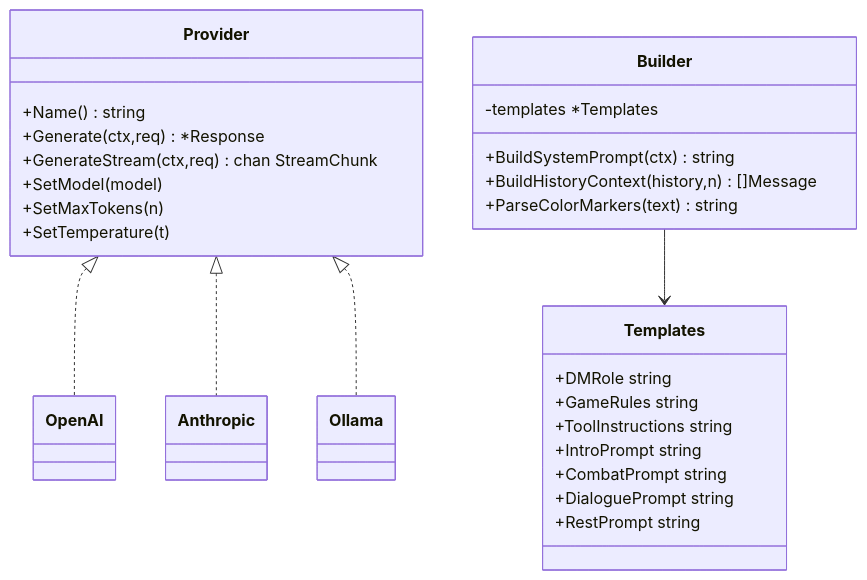
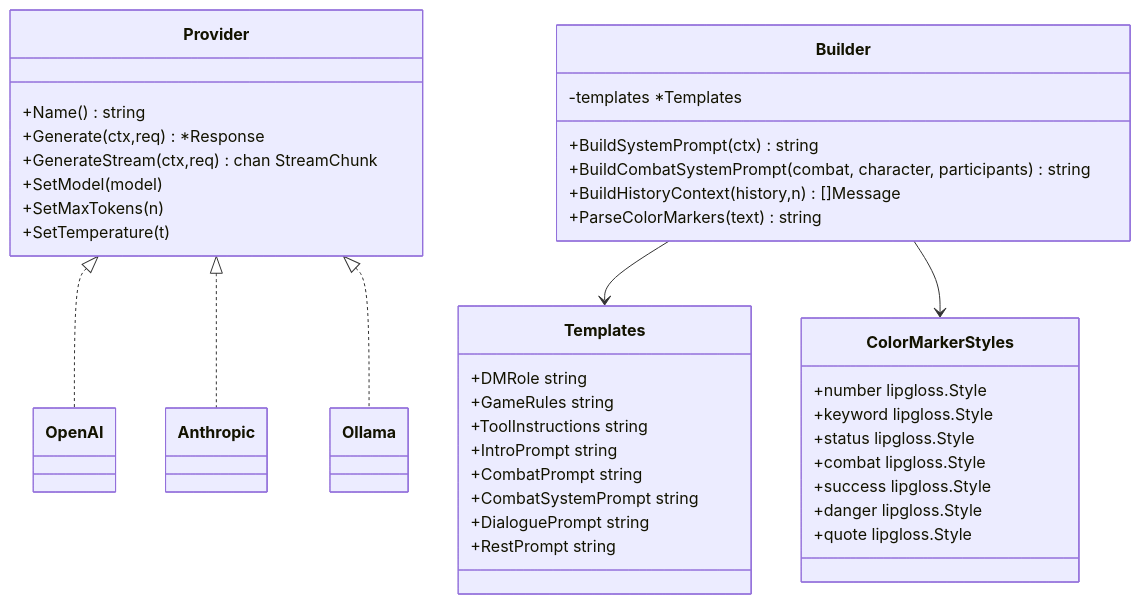
Before and after one commit to zwh8800/cdnd: the sixth of 9 diagrams in .qoder/repowiki/zh/content/游戏引擎架构/智能代理循环.md, drawn with Mermaid. The commit also changed other lines of this file and 11 other files, not shown here.

````diff
--- a/.qoder/repowiki/zh/content/游戏引擎架构/智能代理循环.md
+++ b/.qoder/repowiki/zh/content/游戏引擎架构/智能代理循环.md
@@ -271,30 +362,42 @@
 ```mermaid
 classDiagram
 class Provider {
 +Name() string
 +Generate(ctx,req) *Response
 +GenerateStream(ctx,req) chan StreamChunk
 +SetModel(model)
 +SetMaxTokens(n)
 +SetTemperature(t)
 }
 class Builder {
 -templates *Templates
 +BuildSystemPrompt(ctx) string
++BuildCombatSystemPrompt(combat, character, participants) string
 +BuildHistoryContext(history,n) []Message
 +ParseColorMarkers(text) string
 }
 class Templates {
 +DMRole string
 +GameRules string
 +ToolInstructions string
 +IntroPrompt string
 +CombatPrompt string
++CombatSystemPrompt string
 +DialoguePrompt string
 +RestPrompt string
+}
+class ColorMarkerStyles {
++number lipgloss.Style
++keyword lipgloss.Style
++status lipgloss.Style
++combat lipgloss.Style
++success lipgloss.Style
++danger lipgloss.Style
++quote lipgloss.Style
 }
 Provider <|.. OpenAI
 Provider <|.. Anthropic
 Provider <|.. Ollama
 Builder --> Templates
+Builder --> ColorMarkerStyles
 ```
````
